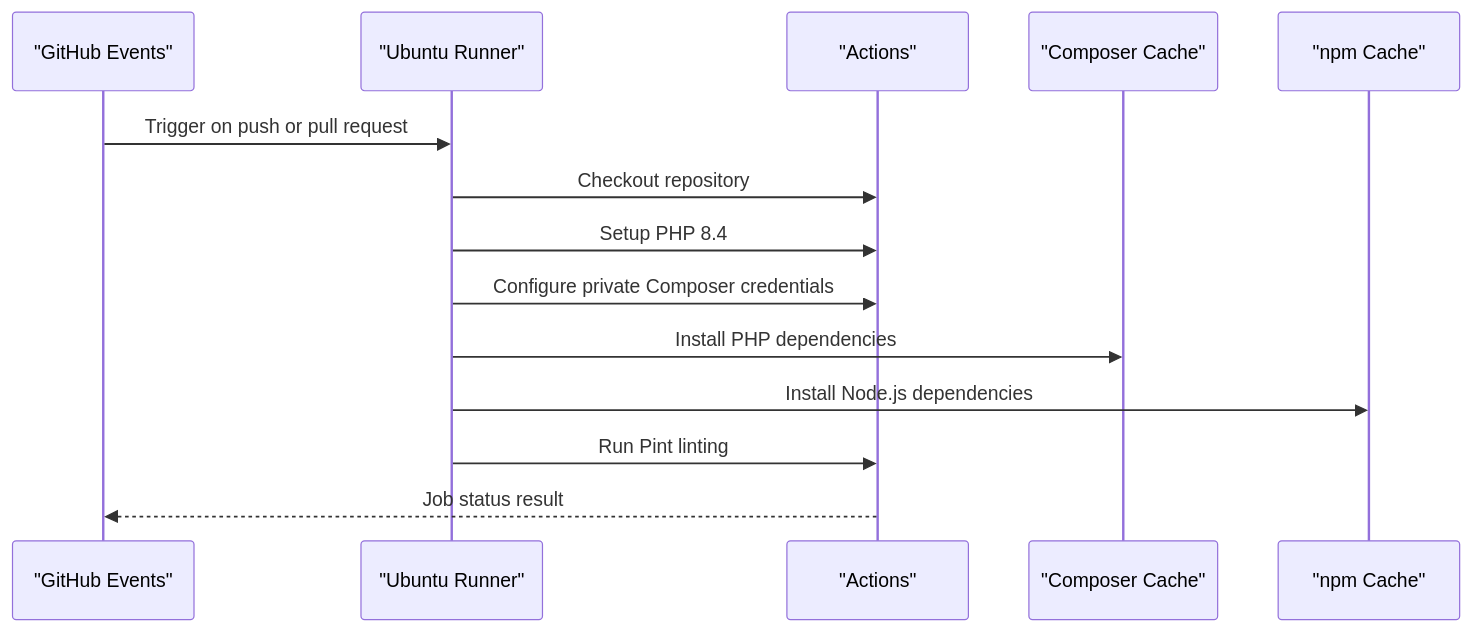
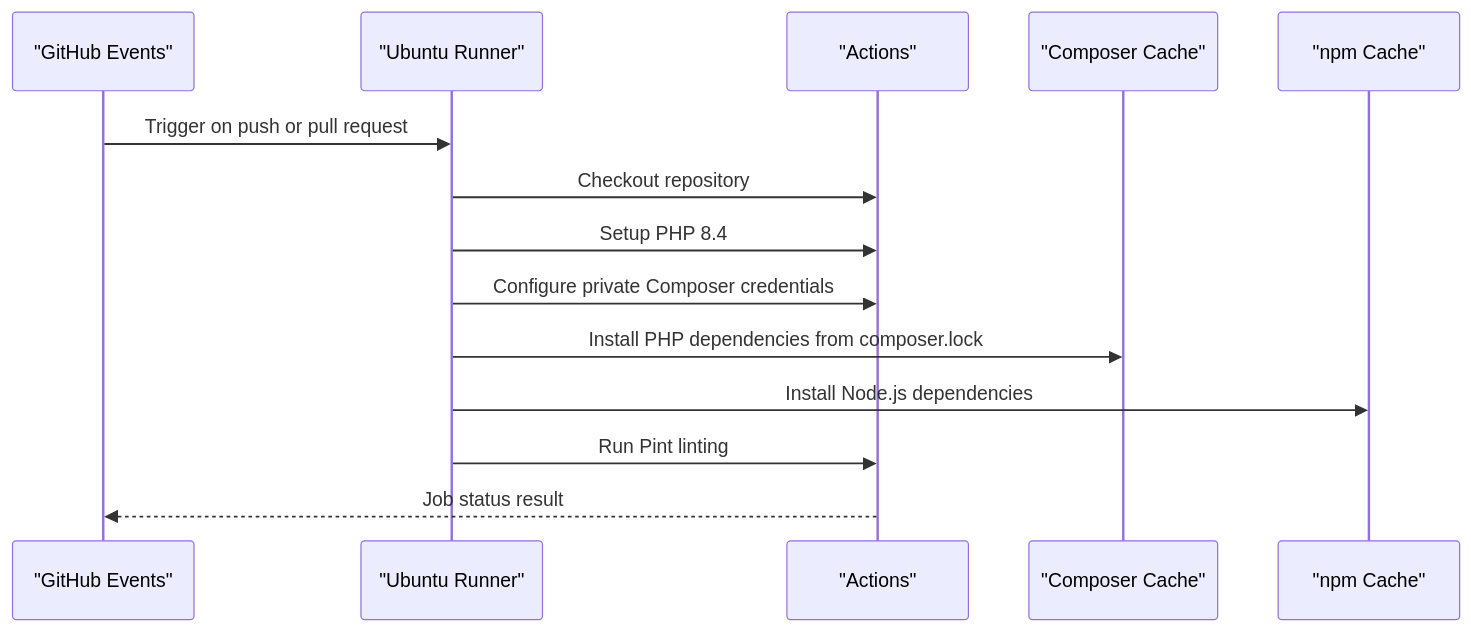
One commit to Seaseole/Highblossom changed the second of 8 diagrams in .qoder/repowiki/en/content/Deployment & DevOps/Deployment Strategies & CI_CD/CI_CD Pipeline Configuration.md. Above: the diagram before and after it, drawn with Mermaid. The commit also changed other lines of this file and 833 other files, not shown here.

````diff
--- a/.qoder/repowiki/en/content/Deployment & DevOps/Deployment Strategies & CI_CD/CI_CD Pipeline Configuration.md
+++ b/.qoder/repowiki/en/content/Deployment & DevOps/Deployment Strategies & CI_CD/CI_CD Pipeline Configuration.md
@@ -87,17 +102,17 @@
 ```mermaid
 sequenceDiagram
   participant GitHub as "GitHub Events"
   participant Runner as "Ubuntu Runner"
   participant Actions as "Actions"
   participant Composer as "Composer Cache"
   participant NPM as "npm Cache"
 
   GitHub->>Runner: Trigger on push or pull request
   Runner->>Actions: Checkout repository
   Runner->>Actions: Setup PHP 8.4
   Runner->>Actions: Configure private Composer credentials
-  Runner->>Composer: Install PHP dependencies
+  Runner->>Composer: Install PHP dependencies from composer.lock
   Runner->>NPM: Install Node.js dependencies
   Runner->>Actions: Run Pint linting
   Actions-->>GitHub: Job status result
 ```
````
